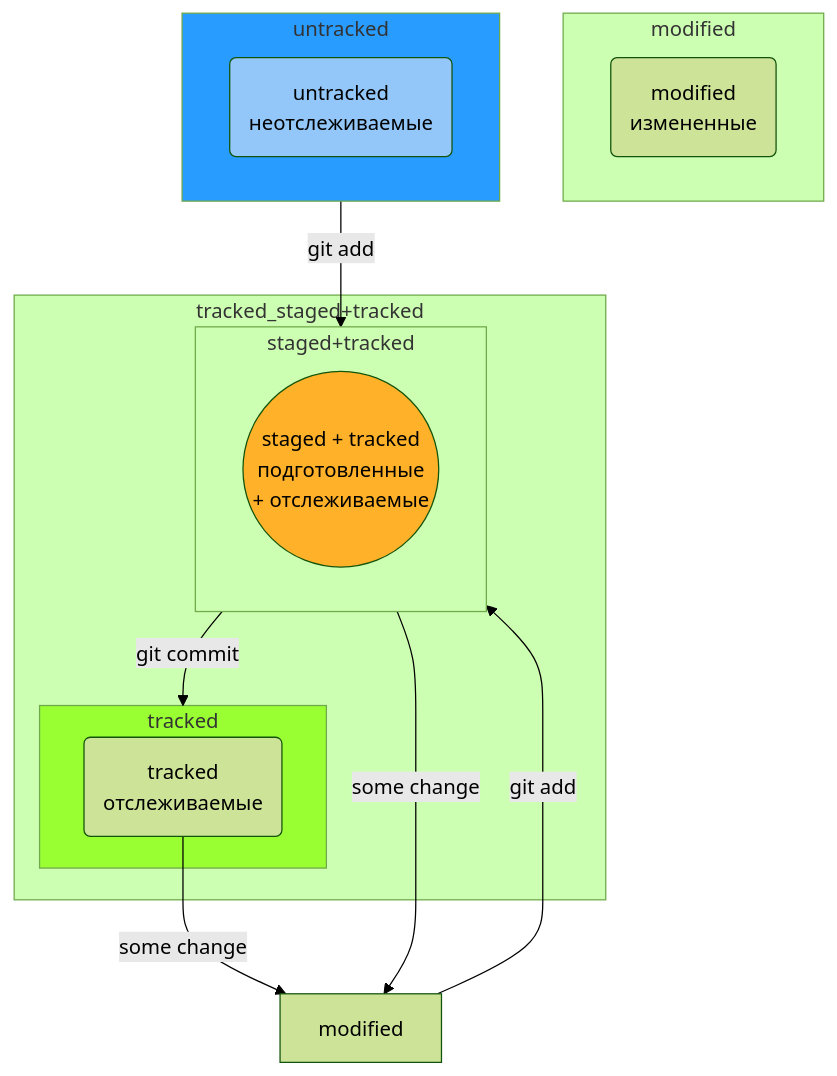
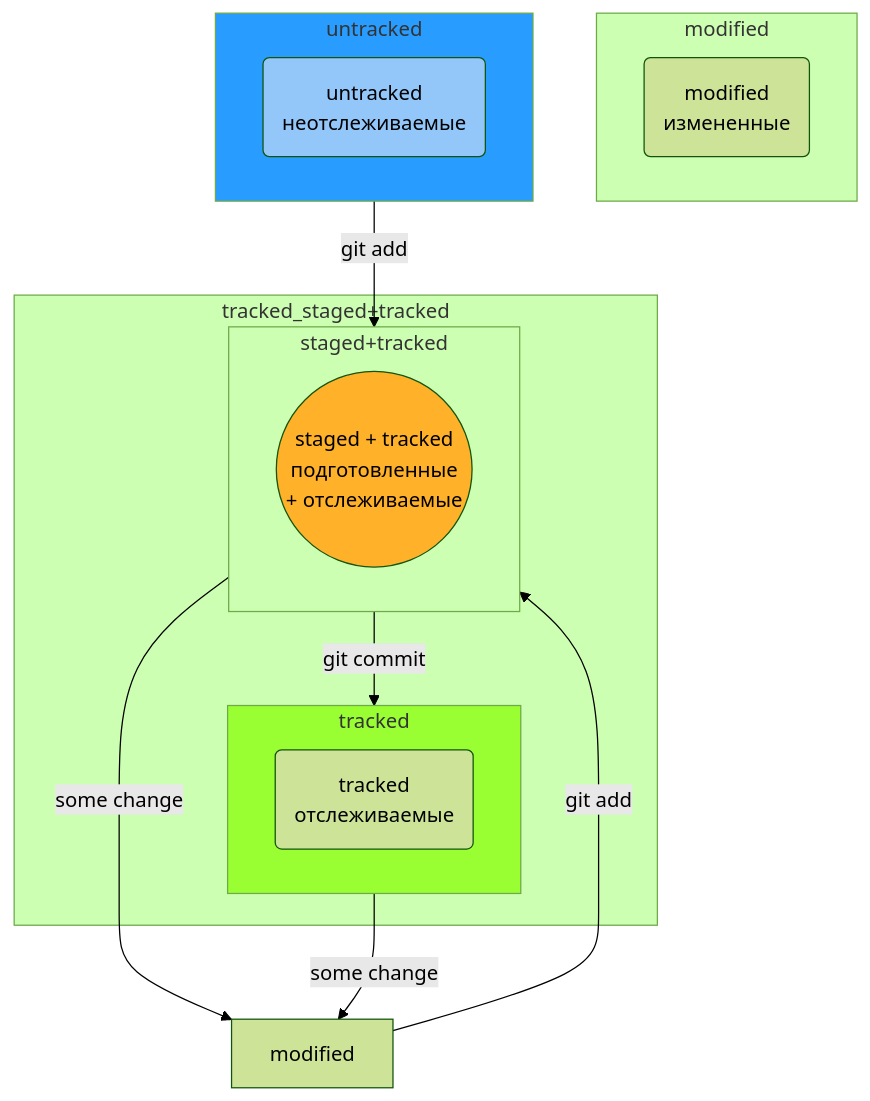
The diagram in README.md (AleksandrVakarin/GitInstructionMermaid), drawn with Mermaid (forest theme) before and after one commit.

````diff
--- a/README.md
+++ b/README.md
@@ -93,45 +93,45 @@
 ```mermaid
 flowchart TD;
 	
 	stgd((staged + tracked<br>подготовленные<br> + отслеживаемые))
 	mdf(modified<br>измененные)
 	untr(untracked<br>неотслеживаемые)
 	trcd(tracked<br>отслеживаемые)
 
 
 	
 
 	subgraph tracked_staged+tracked
 
 		subgraph tracked
 			trcd
 		end
 
 		subgraph staged+tracked
 			stgd
 		end
 
 	end
 
 
 	subgraph modified 
 		mdf
 	end
 
 
 	subgraph untracked
 		untr
 	end
 	
 	untracked-- git add -->staged+tracked
 	modified-- git add --> staged+tracked
 	staged+tracked-- some change --> modified
 	staged+tracked-- git commit --> tracked
-	trcd-- some change -->modified
+	tracked-- some change -->modified
 
 
 	style stgd fill: #FFB129
 	style untr fill: #93C7FA
 	style untracked fill: #299CFF
 	style tracked fill: #99FF33
 ```
````
